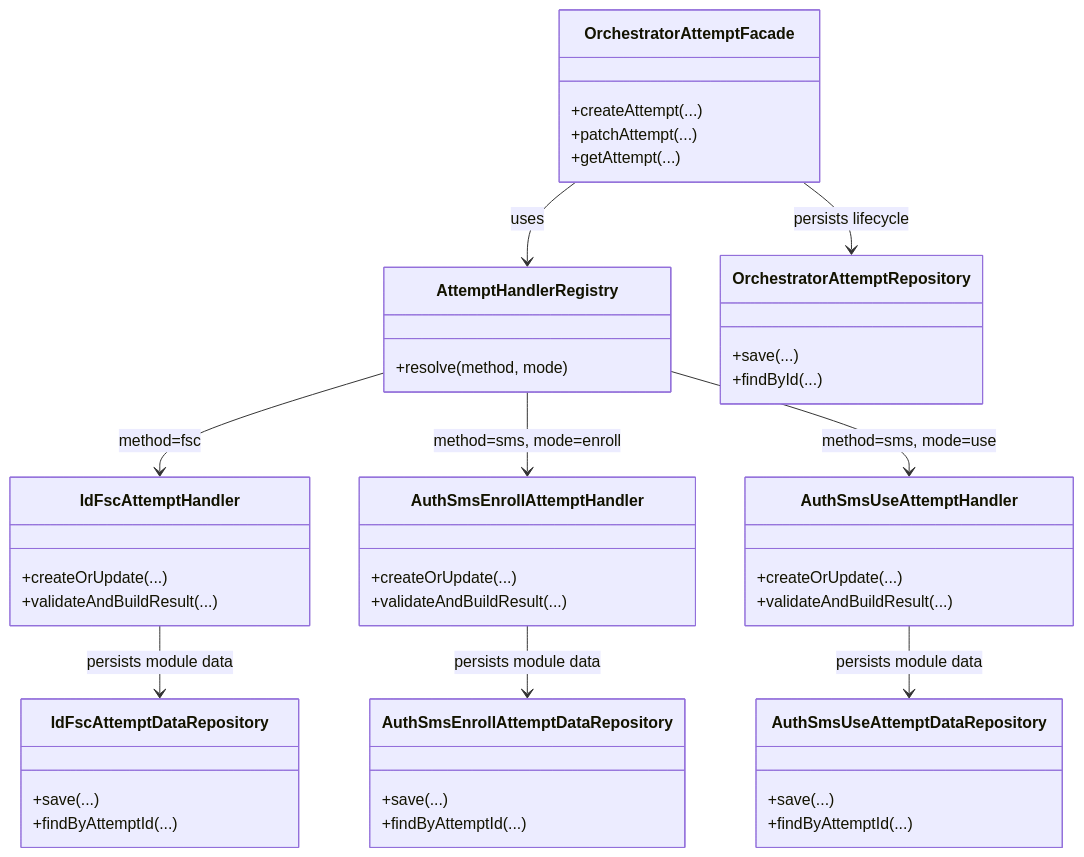
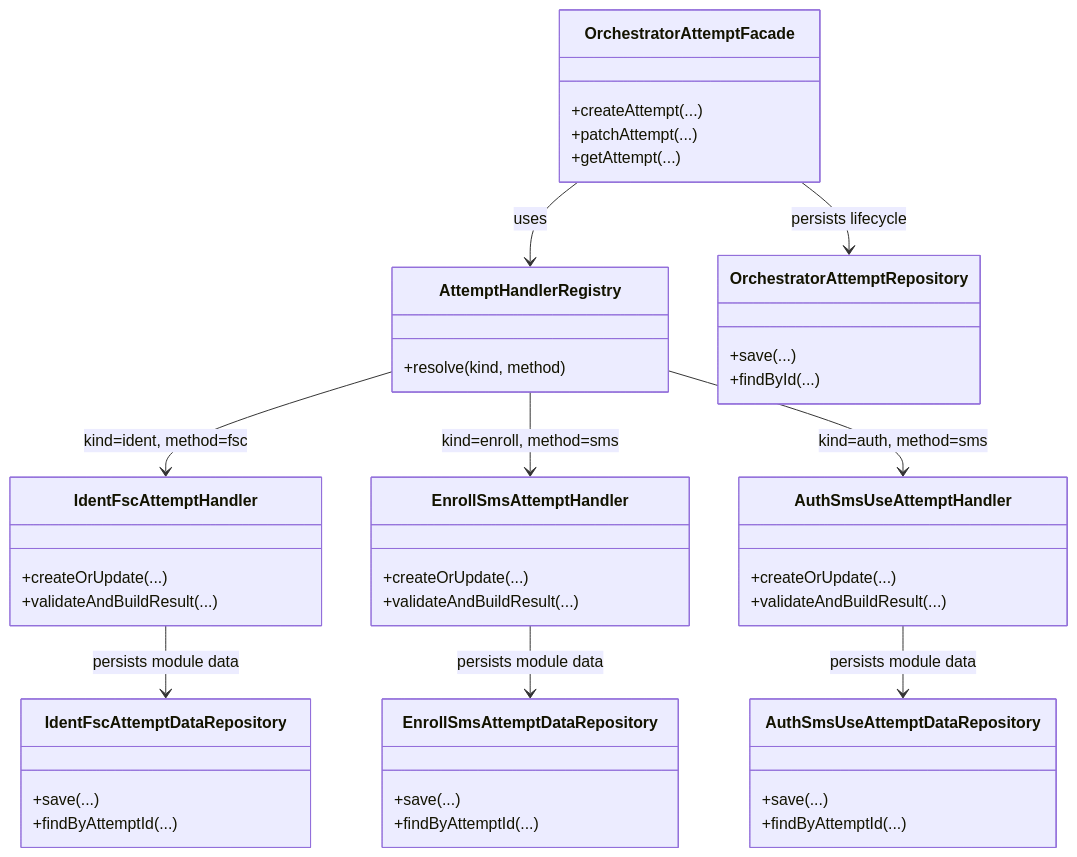
Before and after one commit to rpreissel/DPoP-demo: the third of 7 diagrams in orchestrator-keycloak-session-konzept.md, drawn with Mermaid. The commit also changed other lines of this file, not shown here.

Commit message:
docs: Attempt-Arten ident/auth/enroll und zweistufige API-Struktur

````diff
--- a/orchestrator-keycloak-session-konzept.md
+++ b/orchestrator-keycloak-session-konzept.md
@@ -182,58 +195,58 @@
 ```mermaid
 classDiagram
   class OrchestratorAttemptFacade {
     +createAttempt(...)
     +patchAttempt(...)
     +getAttempt(...)
   }
 
   class AttemptHandlerRegistry {
-    +resolve(method, mode)
+    +resolve(kind, method)
   }
 
   class OrchestratorAttemptRepository {
     +save(...)
     +findById(...)
   }
 
-  class IdFscAttemptDataRepository {
+  class IdentFscAttemptDataRepository {
     +save(...)
     +findByAttemptId(...)
   }
 
-  class IdFscAttemptHandler {
+  class IdentFscAttemptHandler {
     +createOrUpdate(...)
     +validateAndBuildResult(...)
   }
 
-  class AuthSmsEnrollAttemptDataRepository {
+  class EnrollSmsAttemptDataRepository {
     +save(...)
     +findByAttemptId(...)
   }
 
   class AuthSmsUseAttemptDataRepository {
     +save(...)
     +findByAttemptId(...)
   }
 
-  class AuthSmsEnrollAttemptHandler {
+  class EnrollSmsAttemptHandler {
     +createOrUpdate(...)
     +validateAndBuildResult(...)
   }
 
   class AuthSmsUseAttemptHandler {
     +createOrUpdate(...)
     +validateAndBuildResult(...)
   }
 
   OrchestratorAttemptFacade --> AttemptHandlerRegistry : uses
   OrchestratorAttemptFacade --> OrchestratorAttemptRepository : persists lifecycle
 
-  AttemptHandlerRegistry --> IdFscAttemptHandler : method=fsc
-  AttemptHandlerRegistry --> AuthSmsEnrollAttemptHandler : method=sms, mode=enroll
-  AttemptHandlerRegistry --> AuthSmsUseAttemptHandler : method=sms, mode=use
+  AttemptHandlerRegistry --> IdentFscAttemptHandler : kind=ident, method=fsc
+  AttemptHandlerRegistry --> EnrollSmsAttemptHandler : kind=enroll, method=sms
+  AttemptHandlerRegistry --> AuthSmsUseAttemptHandler : kind=auth, method=sms
 
-  IdFscAttemptHandler --> IdFscAttemptDataRepository : persists module data
-  AuthSmsEnrollAttemptHandler --> AuthSmsEnrollAttemptDataRepository : persists module data
+  IdentFscAttemptHandler --> IdentFscAttemptDataRepository : persists module data
+  EnrollSmsAttemptHandler --> EnrollSmsAttemptDataRepository : persists module data
   AuthSmsUseAttemptHandler --> AuthSmsUseAttemptDataRepository : persists module data
 ```
````
